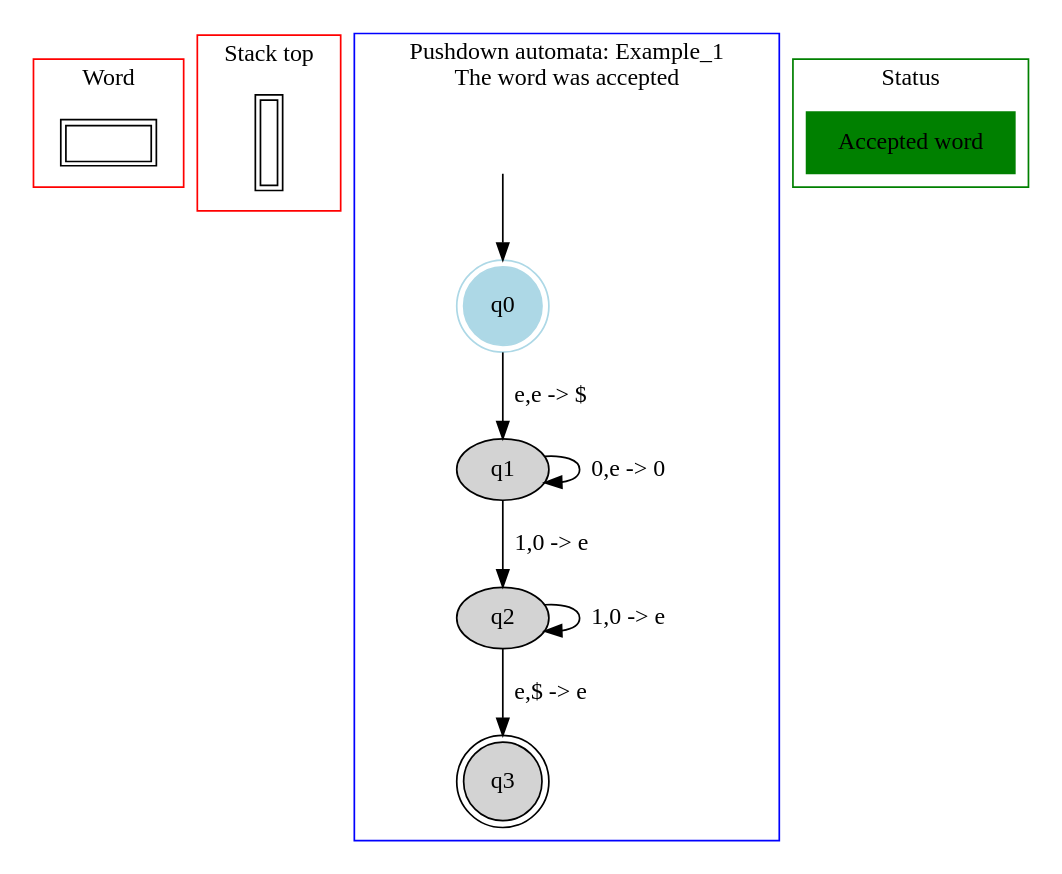
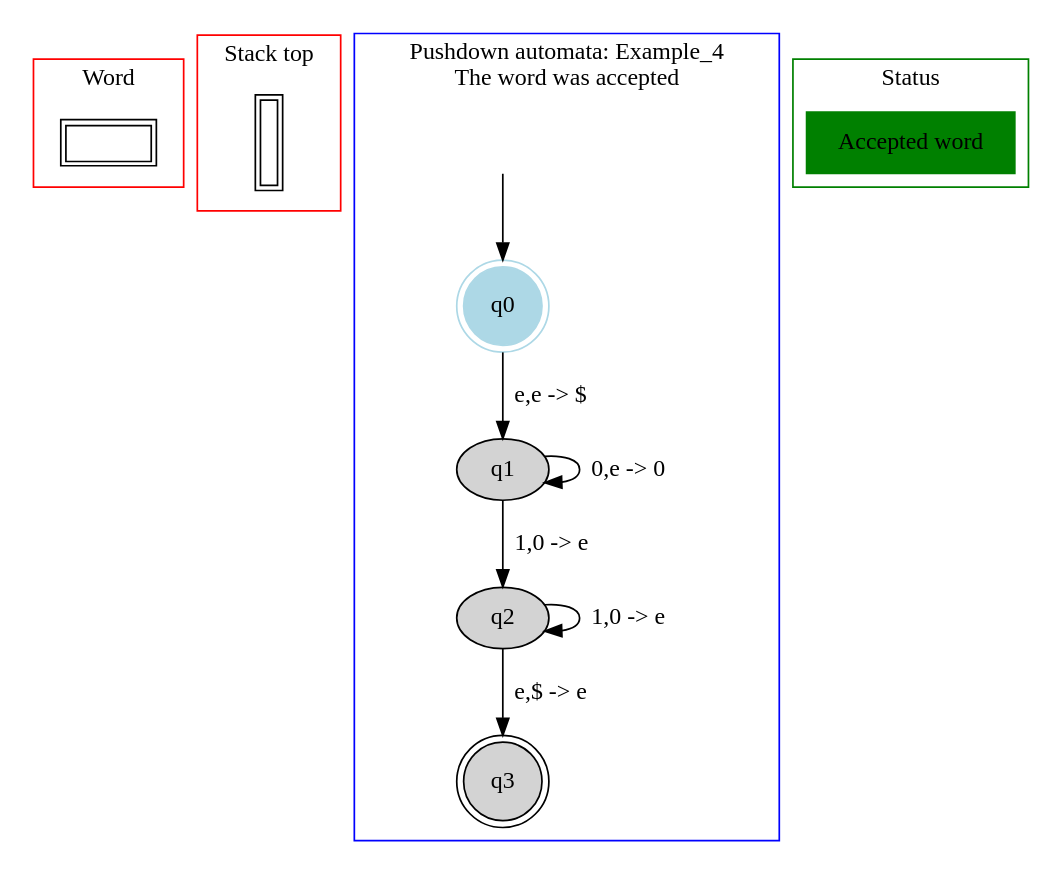
The diagram in PA/images/Q4/E7/file2.dot (danielScLima/pushdown_automata), drawn with Graphviz before and after one commit. The commit also changed 140 other files, not shown here.

```diff
--- a/PA/images/Q4/E7/file2.dot
+++ b/PA/images/Q4/E7/file2.dot
@@ -1,47 +1,47 @@
 digraph G {
 	subgraph cluster_0 {
 		node [shape=plaintext];
 
 struct1 [label=<<TABLE>
 <TR>
 <TD width="50" height="10"> </TD></TR>
 </TABLE>>];
 label = "Word";
 color=red;
 }
 	subgraph cluster_2 {
 		node [shape=plaintext];
 
 struct2 [label=<<TABLE>
 <TR>
 <TD width="10" height="50">
 </TD>
 </TR>
 </TABLE>>];
 label = "Stack top";
 color=red;
 }
 	subgraph cluster_1 {
 		node [style=filled];
-		label = "Pushdown automata: Example_1
+		label = "Pushdown automata: Example_4
 The word was accepted"
 		color=blue;
 
 		q0 [shape="doublecircle",color="lightblue"];
 		q1;
 		q2;
 		q3 [shape="doublecircle"];
 		q0->q1[label="e,e -> $"];
 		q1->q1[label="0,e -> 0"];
 		q1->q2[label="1,0 -> e"];
 		q2->q2[label="1,0 -> e"];
 		q2->q3[label="e,$ -> e"];
 x [color=white, label=""];		x->q0	}
 
 subgraph cluster_1s {
 node [style=filled, shape=rect];
 cluster_1_n [label="Accepted word", color="green"];
 label = "Status";
 color=green;
 }
 }
```
